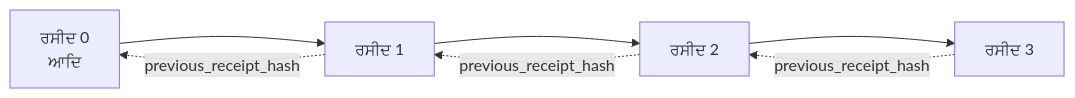
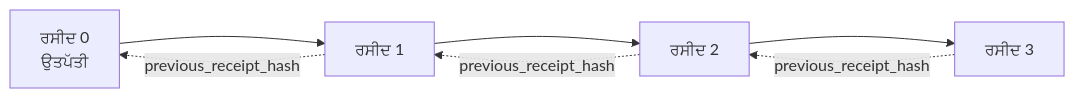
The second of 2 diagrams in mirrors/repos/microsoft@ai-agents-for-beginners/translations/pa/18-securing-ai-agents/README.md (gabrielmoreira/agent-skills-mirror), drawn with Mermaid before and after one commit. The commit also changed other lines of this file and 2285 other files, not shown here.

````diff
--- a/mirrors/repos/microsoft@ai-agents-for-beginners/translations/pa/18-securing-ai-agents/README.md
+++ b/mirrors/repos/microsoft@ai-agents-for-beginners/translations/pa/18-securing-ai-agents/README.md
@@ -206,9 +206,9 @@
 ```mermaid
 flowchart LR
-    R0[ਰਸੀਦ 0<br/>ਆਦਿ] --> R1[ਰਸੀਦ 1]
+    R0[ਰਸੀਦ 0<br/>ਉਤਪੱਤੀ] --> R1[ਰਸੀਦ 1]
     R1 --> R2[ਰਸੀਦ 2]
     R2 --> R3[ਰਸੀਦ 3]
     R1 -. previous_receipt_hash .-> R0
     R2 -. previous_receipt_hash .-> R1
     R3 -. previous_receipt_hash .-> R2
 ```
````
